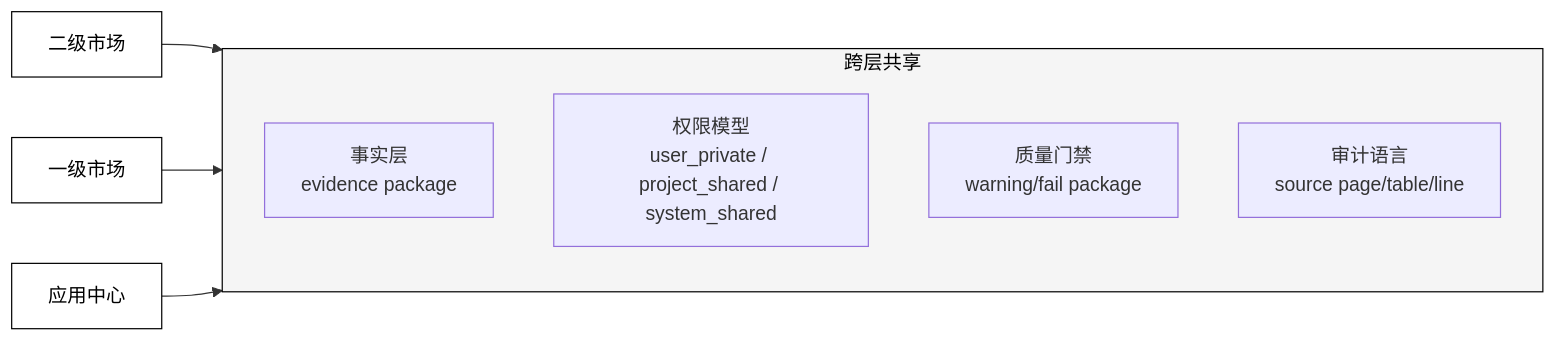
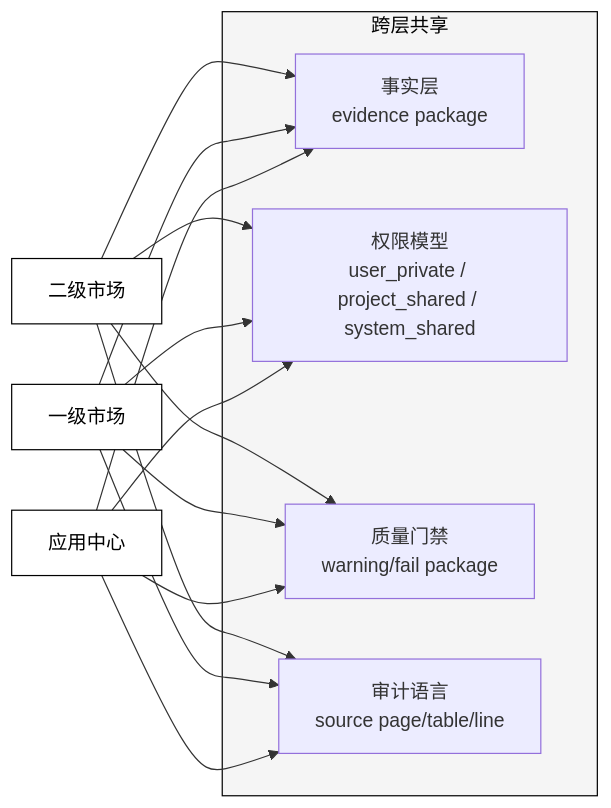
The third of 3 diagrams in docs/site/architecture/overview.md (maoyadongsh/siq-research-engine), drawn with Mermaid before and after one commit. The commit also changed other lines of this file and 7 other files, not shown here.

````diff
--- a/docs/site/architecture/overview.md
+++ b/docs/site/architecture/overview.md
@@ -153,18 +170,27 @@
 ```mermaid
 graph LR
     subgraph Shared["跨层共享"]
         S1[事实层<br/>evidence package]
         S2[权限模型<br/>user_private / project_shared / system_shared]
         S3[质量门禁<br/>warning/fail package]
         S4[审计语言<br/>source page/table/line]
     end
 
-    P1[二级市场] --> Shared
-    P2[一级市场] --> Shared
-    P3[应用中心] --> Shared
+    P1[二级市场] --> S1
+    P1 --> S2
+    P1 --> S3
+    P1 --> S4
+    P2[一级市场] --> S1
+    P2 --> S2
+    P2 --> S3
+    P2 --> S4
+    P3[应用中心] --> S1
+    P3 --> S2
+    P3 --> S3
+    P3 --> S4
 
     style Shared fill:#f5f5f5,stroke:#000,color:#000
     style P1 fill:#fff,stroke:#000,color:#000
     style P2 fill:#fff,stroke:#000,color:#000
     style P3 fill:#fff,stroke:#000,color:#000
 ```
````
